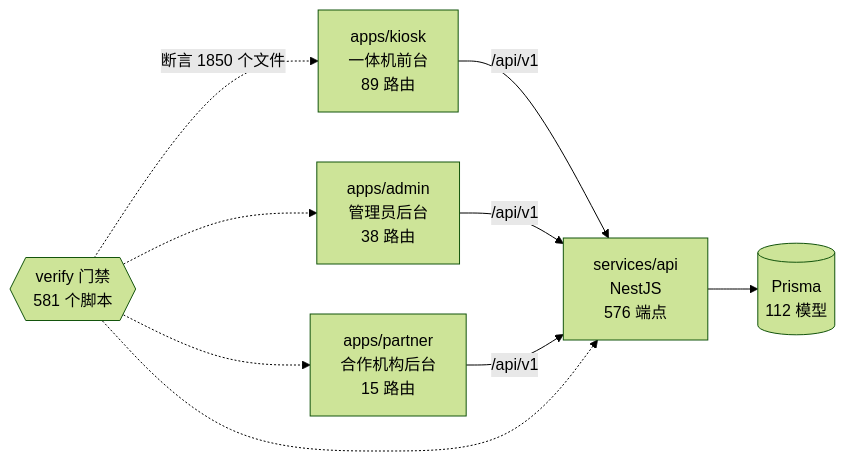
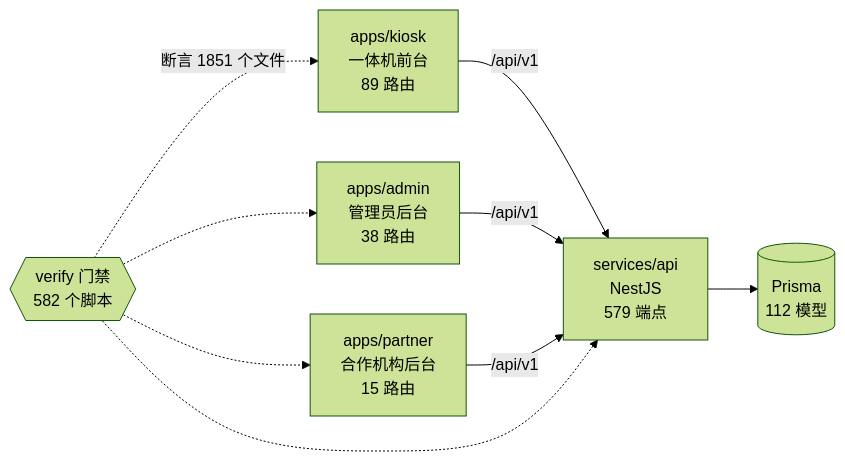
One commit to wanglei581/YITIJI changed the diagram in docs/graph/README.md. Above: the diagram before and after it, drawn with Mermaid (forest theme). The commit also changed other lines of this file and 5 other files, not shown here.

````diff
--- a/docs/graph/README.md
+++ b/docs/graph/README.md
@@ -68,18 +68,18 @@
 ```mermaid
 flowchart LR
   kiosk["apps/kiosk<br/>一体机前台<br/>89 路由"]
   admin["apps/admin<br/>管理员后台<br/>38 路由"]
   partner["apps/partner<br/>合作机构后台<br/>15 路由"]
-  api["services/api<br/>NestJS<br/>576 端点"]
+  api["services/api<br/>NestJS<br/>579 端点"]
   db[("Prisma<br/>112 模型")]
-  gates{{"verify 门禁<br/>581 个脚本"}}
+  gates{{"verify 门禁<br/>582 个脚本"}}
 
   kiosk -->|"/api/v1"| api
   admin -->|"/api/v1"| api
   partner -->|"/api/v1"| api
   api --> db
-  gates -.->|"断言 1850 个文件"| kiosk
+  gates -.->|"断言 1851 个文件"| kiosk
   gates -.-> admin
   gates -.-> partner
   gates -.-> api
 ```
````
